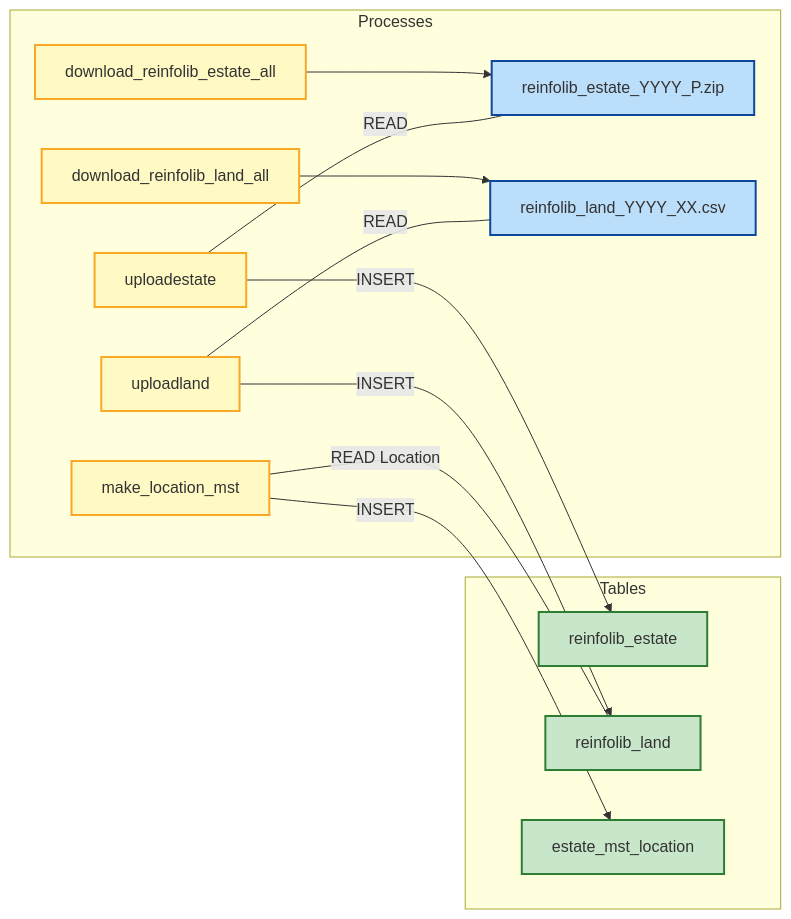
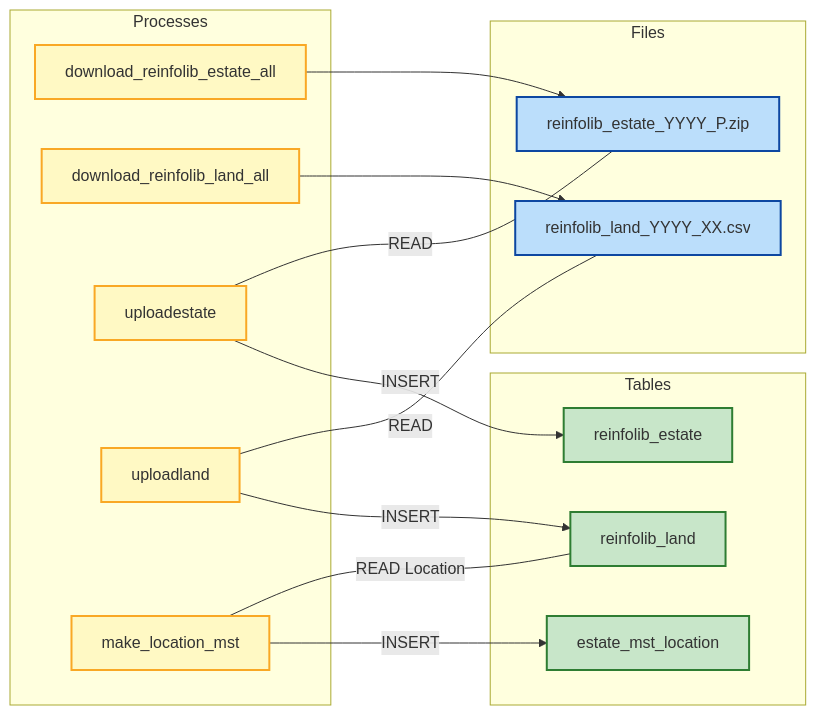
One commit to kazukingh01/kkestate changed the second of 2 diagrams in main/collect/README.md. Above: the diagram before and after it, drawn with Mermaid.

````diff
--- a/main/collect/README.md
+++ b/main/collect/README.md
@@ -90,43 +90,43 @@
 ```mermaid
 flowchart LR
   %% Processes
   subgraph Processes["Processes"]
     P1["download_reinfolib_estate_all"]
     P2["download_reinfolib_land_all"]
     P3["uploadestate"]
     P4["uploadland"]
     P5["make_location_mst"]
   end
 
   %% Files
-  subgraph Processes["Files"]
+  subgraph Files["Files"]
     F1["reinfolib_estate_YYYY_P.zip"]
     F2["reinfolib_land_YYYY_XX.csv"]
   end
 
   %% Tables
   subgraph Tables["Tables"]
     T1["reinfolib_estate"]
     T2["reinfolib_land"]
     T3["estate_mst_location"]
   end
 
   %% Edges
   P1 --> F1
   P2 --> F2
   P3 --- |READ| F1
   P3 --> |INSERT| T1
   P4 --- |READ| F2
   P4 --> |INSERT| T2
   P5 --- |READ Location| T2
   P5 --> |INSERT| T3
 
   %% Styling
   classDef files   fill:#bbdefb,stroke:#0d47a1,stroke-width:2px;
   classDef process fill:#fff9c4,stroke:#f9a825,stroke-width:2px;
   classDef table   fill:#c8e6c9,stroke:#2e7d32,stroke-width:2px;
 
   class F1,F2 files;
   class P1,P2,P3,P4,P5 process;
   class T1,T2,T3 table;
 ```
````
